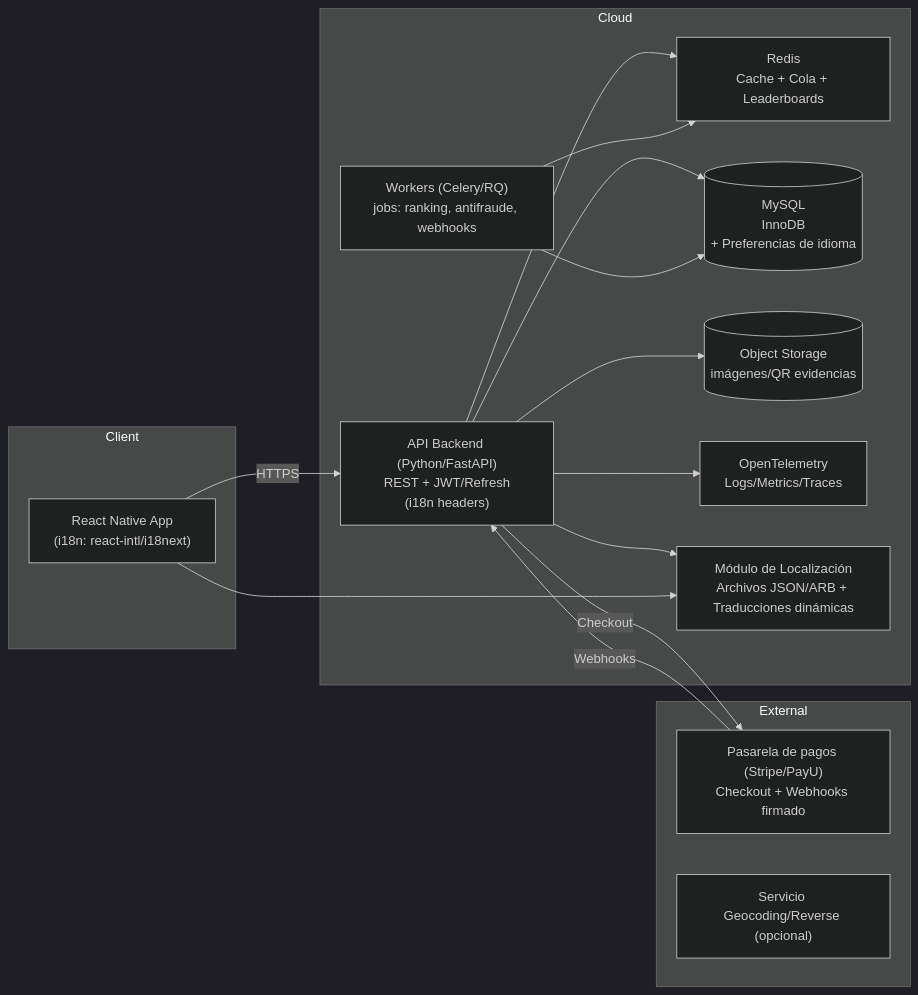
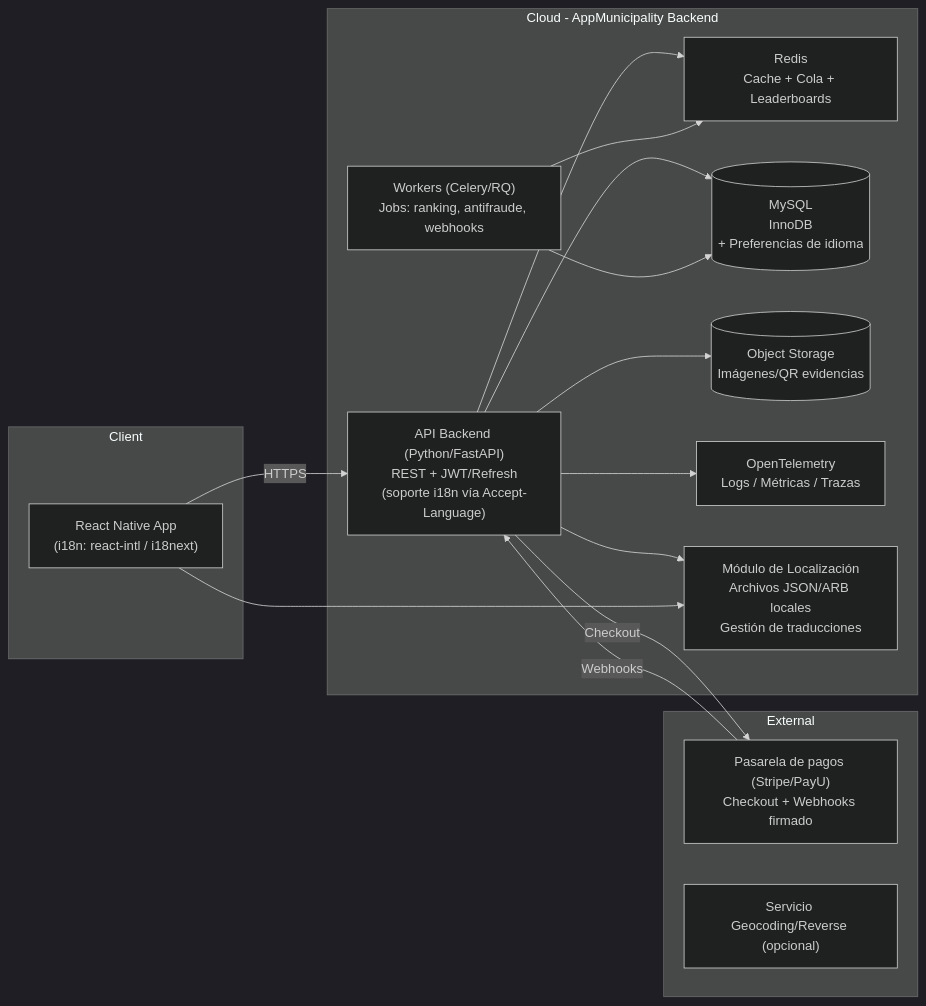
The second of 2 diagrams in Municipality/backend/readme.md (stevenhdz/htdocs), drawn with Mermaid (dark theme) before and after one commit. The commit also changed other lines of this file, not shown here.

Commit message:
feature municipality

````diff
--- a/Municipality/backend/readme.md
+++ b/Municipality/backend/readme.md
@@ -177,33 +177,45 @@
 ```mermaid
 flowchart LR
+  %% ============================
+  %% Cliente
+  %% ============================
   subgraph Client
-    RN["React Native App\n(i18n: react-intl/i18next)"]
+    RN["React Native App\n(i18n: react-intl / i18next)"]
   end
 
-  subgraph Cloud [Cloud]
-    API["API Backend (Python/FastAPI)\nREST + JWT/Refresh\n(i18n headers)"]
-    WORKERS["Workers (Celery/RQ)\njobs: ranking, antifraude, webhooks"]
+  %% ============================
+  %% Nube (Sistema en estudio)
+  %% ============================
+  subgraph Cloud [Cloud - AppMunicipality Backend]
+    API["API Backend (Python/FastAPI)\nREST + JWT/Refresh\n(soporte i18n vía Accept-Language)"]
+    WORKERS["Workers (Celery/RQ)\nJobs: ranking, antifraude, webhooks"]
     REDIS["Redis\nCache + Cola + Leaderboards"]
     DB[(MySQL\nInnoDB\n+ Preferencias de idioma)]
-    STORAGE[(Object Storage\nimágenes/QR evidencias)]
-    OBS["OpenTelemetry\nLogs/Metrics/Traces"]
-    I18N_SVC["Módulo de Localización\nArchivos JSON/ARB + Traducciones dinámicas"]
+    STORAGE[(Object Storage\nImágenes/QR evidencias)]
+    OBS["OpenTelemetry\nLogs / Métricas / Trazas"]
+    I18N["Módulo de Localización\nArchivos JSON/ARB locales\nGestión de traducciones"]
   end
 
+  %% ============================
+  %% Externos
+  %% ============================
   subgraph External
     PAY["Pasarela de pagos (Stripe/PayU)\nCheckout + Webhooks firmado"]
     GEO["Servicio Geocoding/Reverse (opcional)"]
   end
 
+  %% ============================
+  %% Relaciones
+  %% ============================
   RN -->|HTTPS| API
   API --> DB
   API --> REDIS
   API --> STORAGE
   API --> OBS
-  API --> I18N_SVC
-  RN --> I18N_SVC
+  API --> I18N
+  RN --> I18N
   WORKERS --> DB
   WORKERS --> REDIS
   API -->|Checkout| PAY
   PAY -->|Webhooks| API
 ```
````
